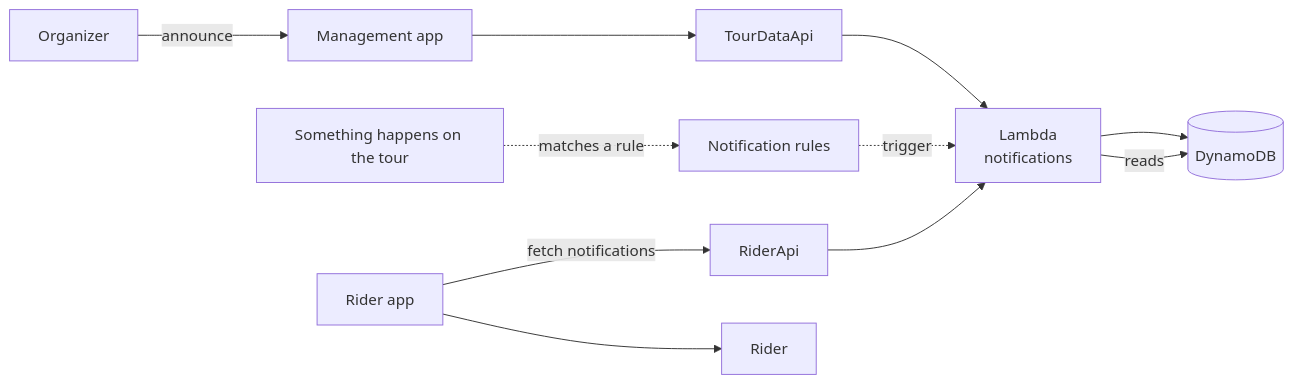
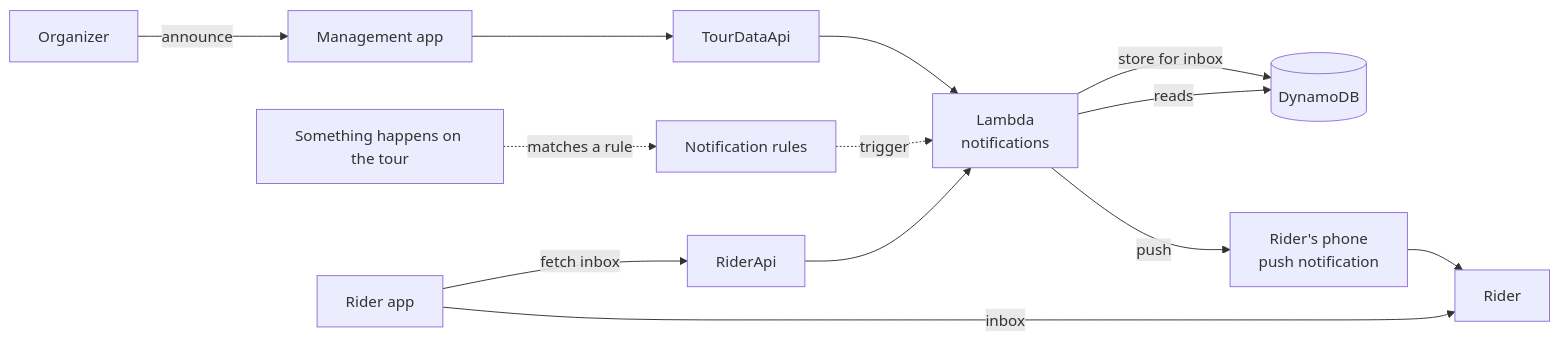
One commit to kvijay77-in/cycling-tour-platform changed the fourth of 4 diagrams in docs/how-it-works.md. Above: the diagram before and after it, drawn with Mermaid. The commit also changed other lines of this file and 5 other files, not shown here.

Commit message:
Correct Float, Stage, ID/Personal Code definitions; document push + inbox notifications

````diff
--- a/docs/how-it-works.md
+++ b/docs/how-it-works.md
@@ -139,13 +144,15 @@
 ```mermaid
 flowchart LR
     Org["Organizer"] -- announce --> MA["Management app"]
     MA --> TA["TourDataApi"]
     TA --> FN["Lambda<br/>notifications"]
     Rules["Notification rules"] -. trigger .-> FN
     Tour["Something happens on the tour"] -. matches a rule .-> Rules
-    FN --> DB[("DynamoDB")]
-    RA["Rider app"] -- fetch notifications --> RI["RiderApi"]
+    FN -- store for inbox --> DB[("DynamoDB")]
+    FN -- push --> Phone["Rider's phone<br/>push notification"]
+    RA["Rider app"] -- fetch inbox --> RI["RiderApi"]
     RI --> FN
     FN -- reads --> DB
-    RA --> Rider["Rider"]
+    Phone --> Rider["Rider"]
+    RA -- inbox --> Rider
 ```
````
